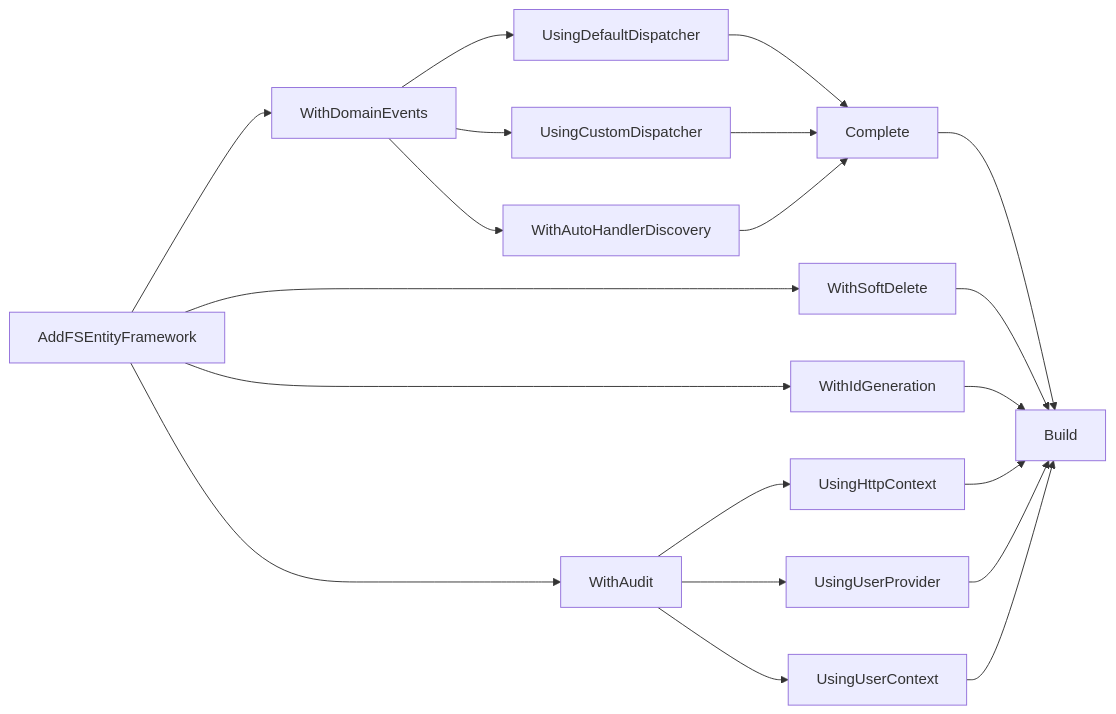
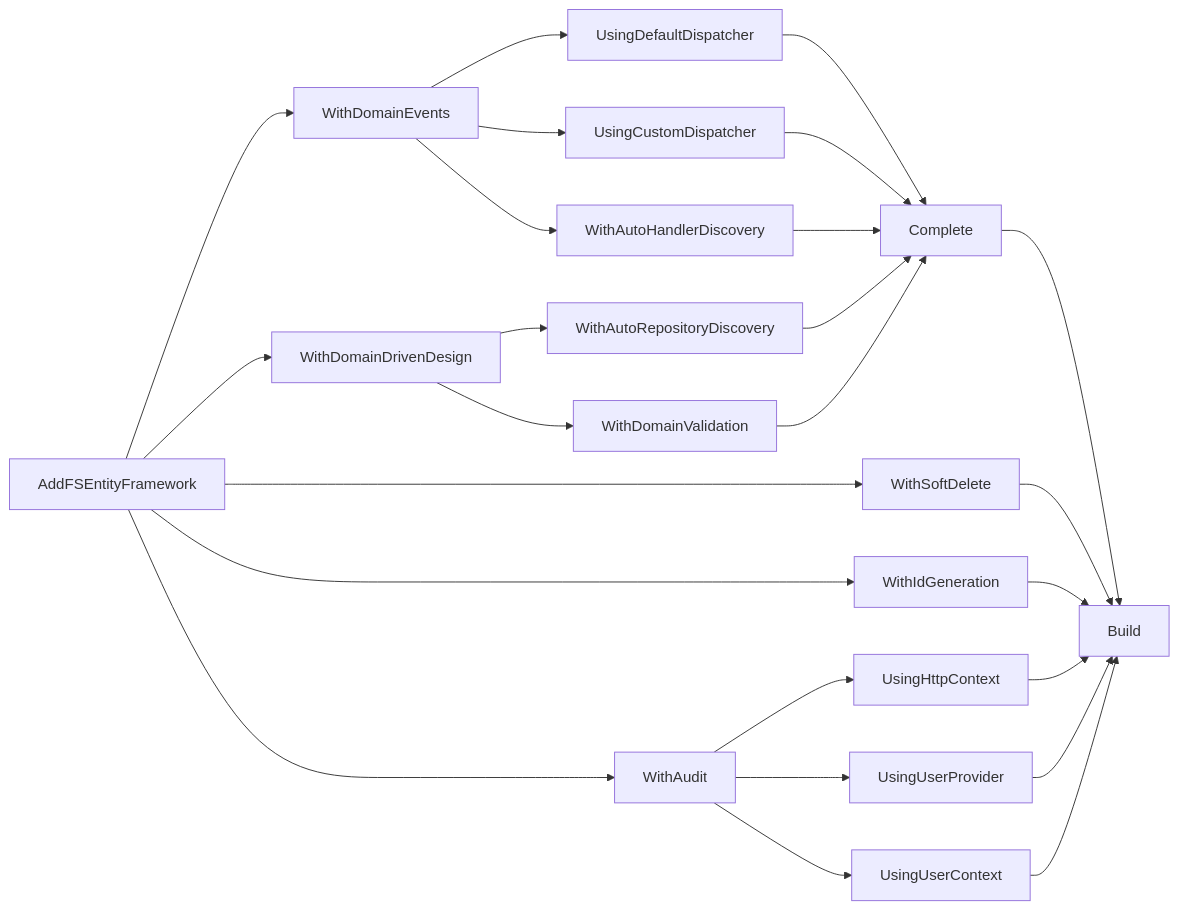
Before and after one commit to furkansarikaya/FS.EntityFramework.Library: the second of 6 diagrams in README.md, drawn with Mermaid. The commit also changed other lines of this file, not shown here.

````diff
--- a/README.md
+++ b/README.md
@@ -143,22 +158,27 @@
 ```mermaid
 graph LR
     A[AddFSEntityFramework] --> B[WithAudit]
     A --> C[WithDomainEvents]
     A --> D[WithSoftDelete]
     A --> E[WithIdGeneration]
-    B --> F[UsingHttpContext]
-    B --> G[UsingUserProvider]
-    B --> H[UsingUserContext]
-    C --> I[UsingDefaultDispatcher]
-    C --> J[UsingCustomDispatcher]
-    C --> K[WithAutoHandlerDiscovery]
-    I --> L[Complete]
-    J --> L
-    K --> L
-    L --> M[Build]
-    D --> M
-    E --> M
-    F --> M
-    G --> M
-    H --> M
+    A --> F[WithDomainDrivenDesign]
+    B --> G[UsingHttpContext]
+    B --> H[UsingUserProvider]
+    B --> I[UsingUserContext]
+    C --> J[UsingDefaultDispatcher]
+    C --> K[UsingCustomDispatcher]
+    C --> L[WithAutoHandlerDiscovery]
+    F --> M[WithAutoRepositoryDiscovery]
+    F --> N[WithDomainValidation]
+    J --> O[Complete]
+    K --> O
+    L --> O
+    M --> O
+    N --> O
+    O --> P[Build]
+    D --> P
+    E --> P
+    G --> P
+    H --> P
+    I --> P
 ```
````
